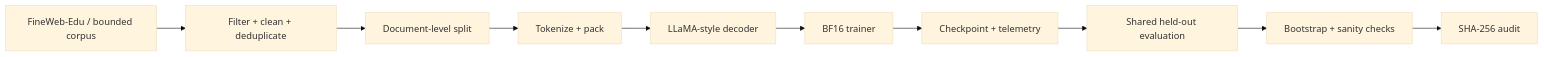
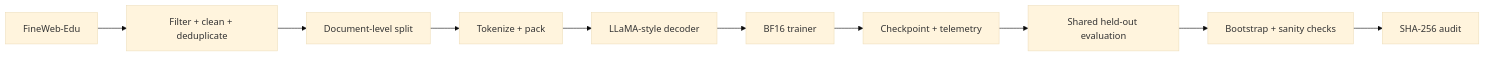
One commit to xjy949003794-boop/PretrainLab-X changed the diagram in README.md. Above: the diagram before and after it, drawn with Mermaid (base theme). The commit also changed other lines of this file and 1 other file, not shown here.

````diff
--- a/README.md
+++ b/README.md
@@ -76,12 +97,12 @@
 ```mermaid
 flowchart LR
-    A[FineWeb-Edu / bounded corpus] --> B[Filter + clean + deduplicate]
+    A[FineWeb-Edu] --> B[Filter + clean + deduplicate]
     B --> C[Document-level split]
     C --> D[Tokenize + pack]
     D --> E[LLaMA-style decoder]
     E --> F[BF16 trainer]
     F --> G[Checkpoint + telemetry]
     G --> H[Shared held-out evaluation]
     H --> I[Bootstrap + sanity checks]
     I --> J[SHA-256 audit]
 ```
````
